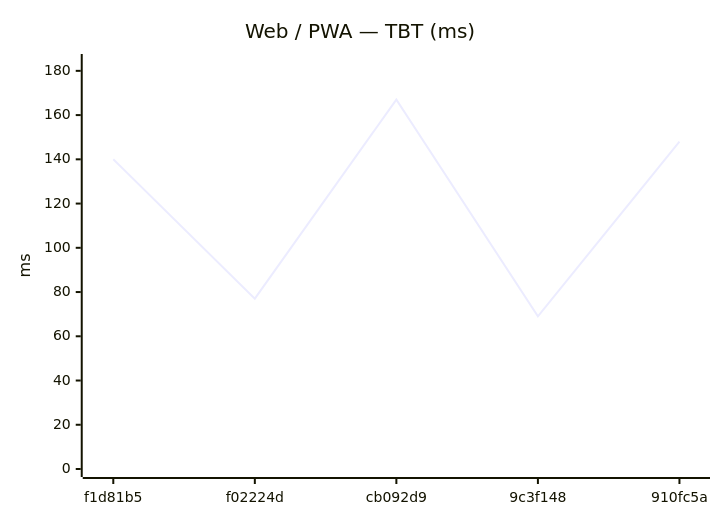
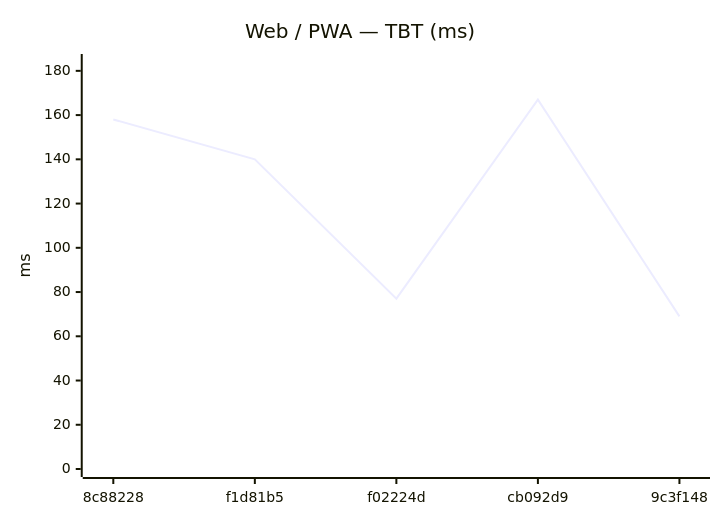
The eighth of 18 diagrams in benchmarks/compare.md (Metaheurist/Rianell), drawn with Mermaid before and after one commit. The commit also changed other lines of this file and 11 other files, not shown here.

````diff
--- a/benchmarks/compare.md
+++ b/benchmarks/compare.md
@@ -124,7 +124,7 @@
 ```mermaid
 xychart-beta
     title "Web / PWA — TBT (ms)"
-    x-axis ["f1d81b5", "f02224d", "cb092d9", "9c3f148", "910fc5a"]
+    x-axis ["8c88228", "f1d81b5", "f02224d", "cb092d9", "9c3f148"]
     y-axis "ms" 0 --> 184
-    line [140, 77, 167, 69, 148]
+    line [158, 140, 77, 167, 69]
 ```
````
